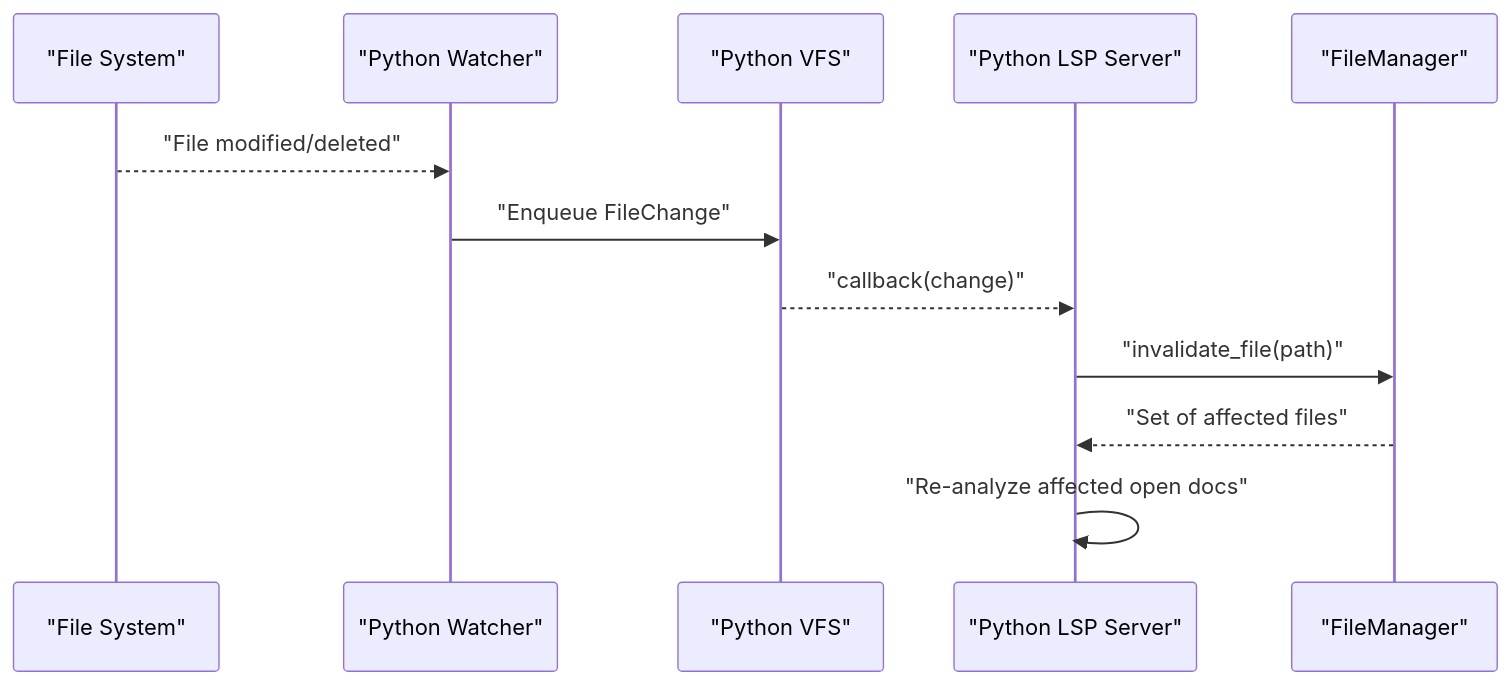
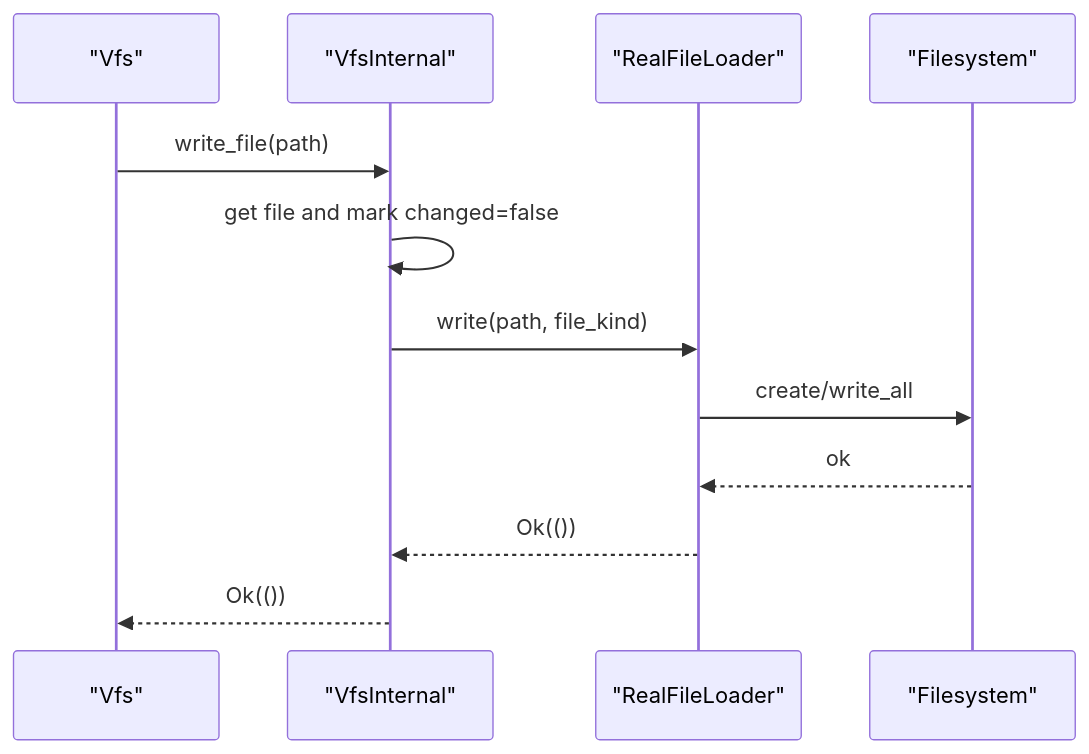
One commit to fenghaitao/dml-language-server changed the seventh of 10 diagrams in .qoder/repowiki/en/content/Virtual File System.md. Above: the diagram before and after it, drawn with Mermaid. The commit also changed other lines of this file and 119 other files, not shown here.

````diff
--- a/.qoder/repowiki/en/content/Virtual File System.md
+++ b/.qoder/repowiki/en/content/Virtual File System.md
@@ -229,14 +356,14 @@
 ```mermaid
 sequenceDiagram
-participant FS as "File System"
-participant Watcher as "Python Watcher"
-participant VFS as "Python VFS"
-participant Server as "Python LSP Server"
-participant FM as "FileManager"
-FS-->>Watcher : "File modified/deleted"
-Watcher->>VFS : "Enqueue FileChange"
-VFS-->>Server : "callback(change)"
-Server->>FM : "invalidate_file(path)"
-FM-->>Server : "Set of affected files"
-Server->>Server : "Re-analyze affected open docs"
+participant VFS as "Vfs"
+participant Internal as "VfsInternal"
+participant Loader as "RealFileLoader"
+participant FS as "Filesystem"
+VFS->>Internal : write_file(path)
+Internal->>Internal : get file and mark changed=false
+Internal->>Loader : write(path, file_kind)
+Loader->>FS : create/write_all
+FS-->>Loader : ok
+Loader-->>Internal : Ok(())
+Internal-->>VFS : Ok(())
 ```
````
